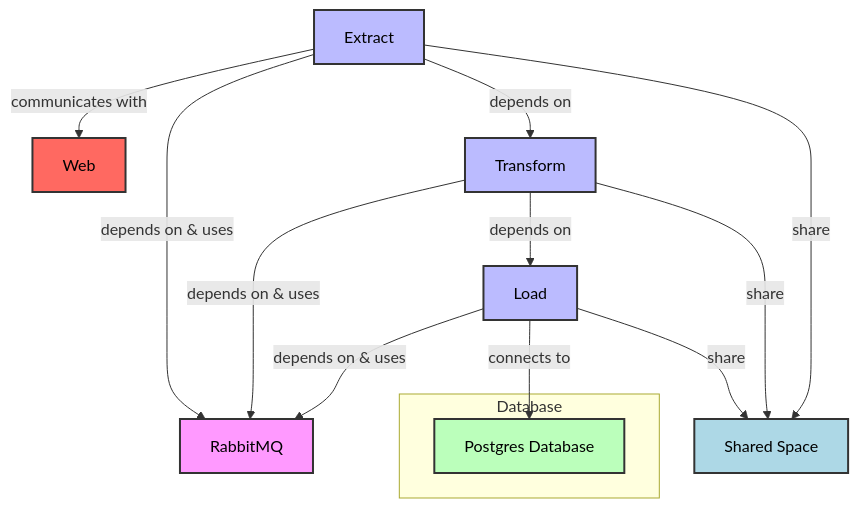
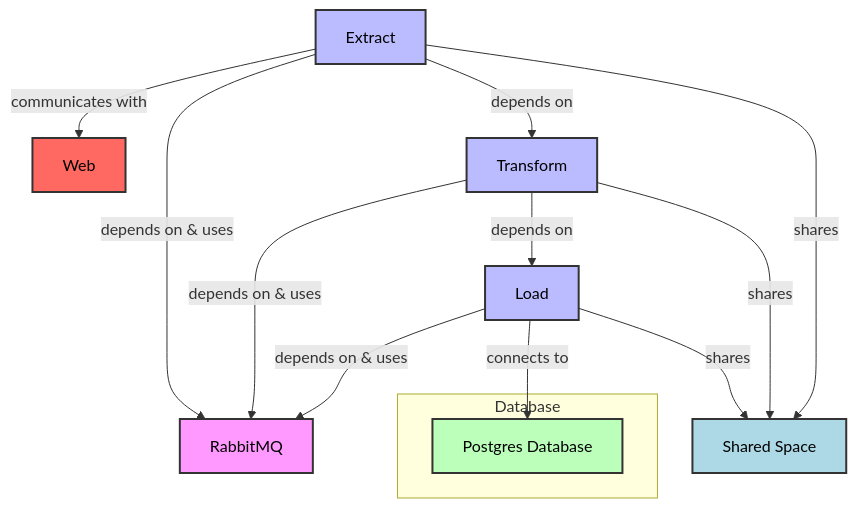
Before and after one commit to mbofos01/agriculture-dashboard-netherlands: the diagram in README.md, drawn with Mermaid.

````diff
--- a/README.md
+++ b/README.md
@@ -8,32 +8,32 @@
 ```mermaid
 
     graph TD;
 		
 		E -->|communicates with| W[Web]
 
     E[Extract] -->|depends on & uses| R[RabbitMQ]
     T[Transform] -->|depends on & uses| R
     L[Load] -->|depends on & uses| R
     
     E --> |depends on| T
     T --> |depends on| L
     
-    E -->|share| S[Shared Space]
-    T -->|share| S[Shared Space]
+    E -->|shares| S[Shared Space]
+    T -->|shares| S[Shared Space]
 
 
     subgraph Database
         D[Postgres Database]
     end
 
     L -->|connects to| D
-    L -->|share| S[Shared Space]
+    L -->|shares| S[Shared Space]
 
     style R fill:#f9f,stroke:#333,stroke-width:2px,color:#000;
     style E fill:#bbf,stroke:#333,stroke-width:2px,color:#000;
     style T fill:#bbf,stroke:#333,stroke-width:2px,color:#000;
     style L fill:#bbf,stroke:#333,stroke-width:2px,color:#000;
     style D fill:#bfb,stroke:#333,stroke-width:2px,color:#000;
     style W fill:#FF6961,stroke:#333,stroke-width:2px,color:#000;
     style S fill:#ADD8E6,stroke:#333,stroke-width:2px,color:#000;
 ```
````
